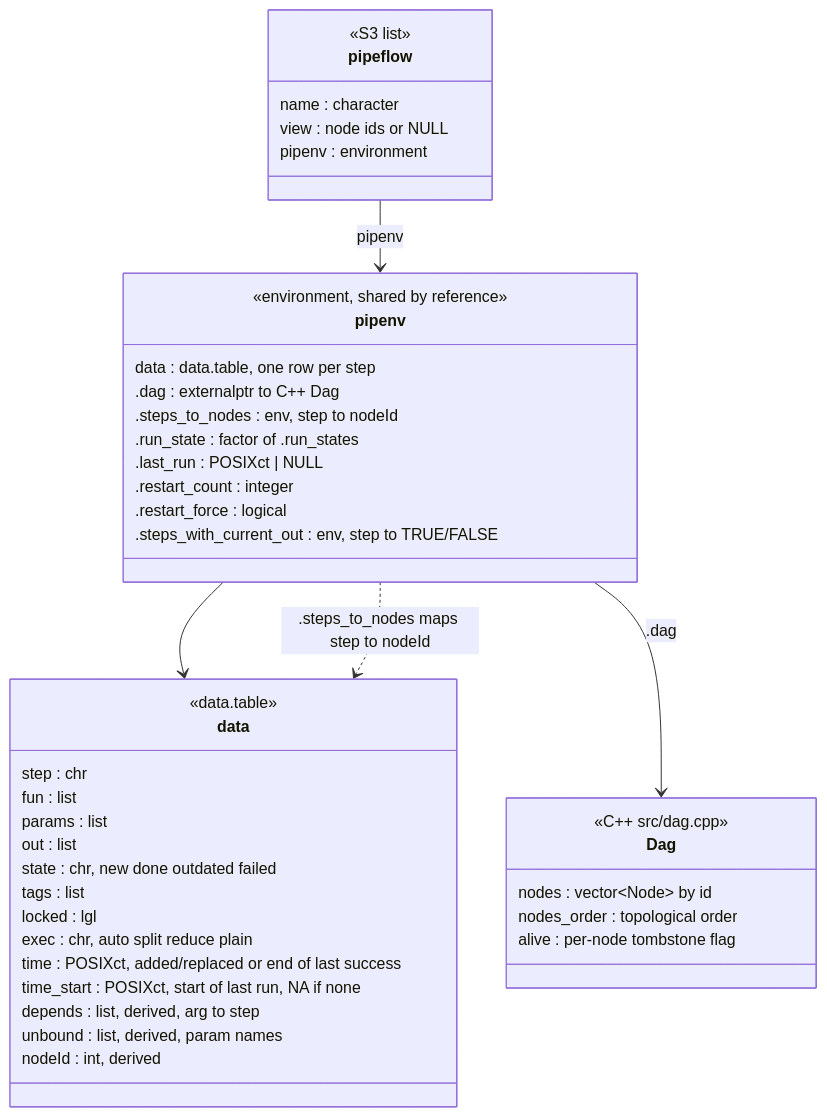
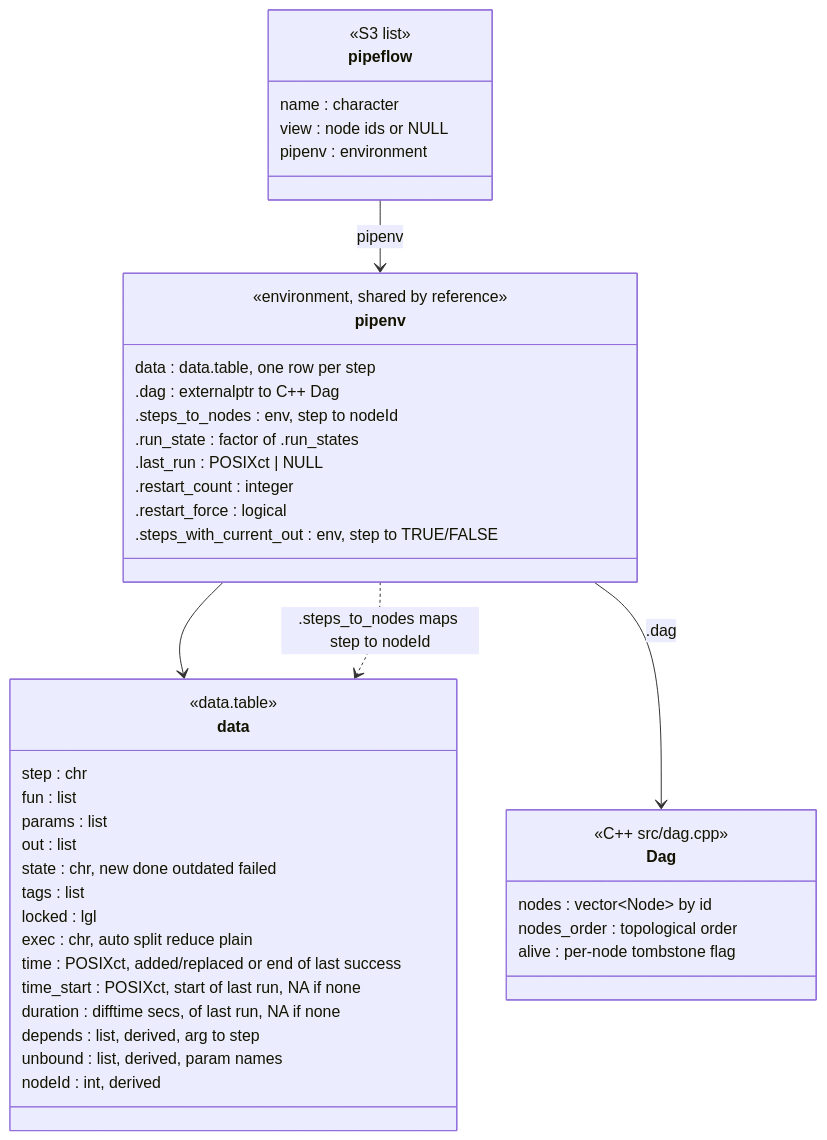
Before and after one commit to rpahl/pipeflow: the second of 8 diagrams in dev/pipeflow.md, drawn with Mermaid. The commit also changed other lines of this file and 7 other files, not shown here.

Commit message:
feat: store the duration of each step run, also of failed runs

````diff
--- a/dev/pipeflow.md
+++ b/dev/pipeflow.md
@@ -65,46 +65,47 @@
 ```mermaid
 classDiagram
     class pipeflow {
         <<S3 list>>
         name : character
         view : node ids or NULL
         pipenv : environment
     }
     class pipenv {
         <<environment, shared by reference>>
         data : data.table, one row per step
         .dag : externalptr to C++ Dag
         .steps_to_nodes : env, step to nodeId
         .run_state : factor of .run_states
         .last_run : POSIXct | NULL
         .restart_count : integer
         .restart_force : logical
         .steps_with_current_out : env, step to TRUE/FALSE
     }
     class data {
         <<data.table>>
         step : chr
         fun : list
         params : list
         out : list
         state : chr, new done outdated failed
         tags : list
         locked : lgl
         exec : chr, auto split reduce plain
         time : POSIXct, added/replaced or end of last success
         time_start : POSIXct, start of last run, NA if none
+        duration : difftime secs, of last run, NA if none
         depends : list, derived, arg to step
         unbound : list, derived, param names
         nodeId : int, derived
     }
     class Dag {
         <<C++ src/dag.cpp>>
         nodes : vector~Node~ by id
         nodes_order : topological order
         alive : per-node tombstone flag
     }
     pipeflow --> pipenv : pipenv
     pipenv --> data
     pipenv --> Dag : .dag
     pipenv ..> data : .steps_to_nodes maps step to nodeId
 ```
````
